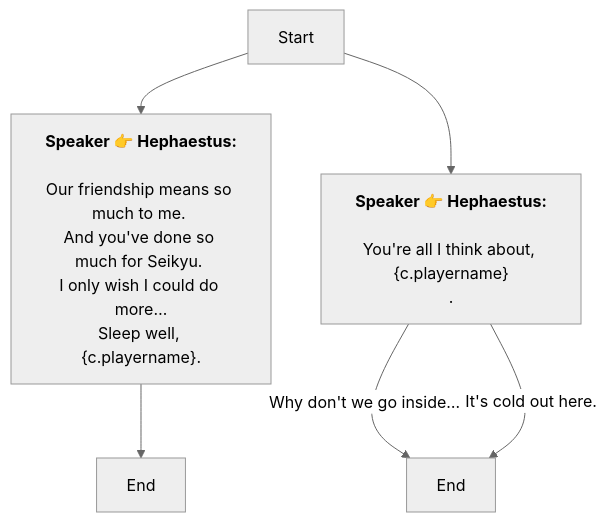
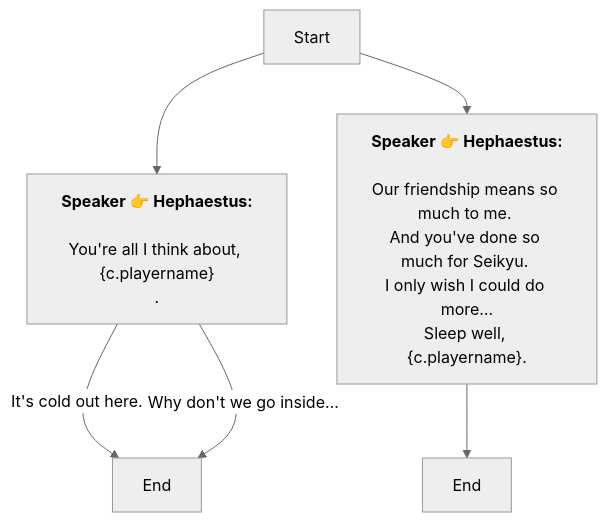
One commit to SoftHu/tos_avg changed the diagram in Zh/QuestTalkObjectiveNode_1772411383190735.md. Above: the diagram before and after it, drawn with Mermaid (neutral theme). The commit also changed other lines of this file and 780 other files, not shown here.

````diff
--- a/Zh/QuestTalkObjectiveNode_1772411383190735.md
+++ b/Zh/QuestTalkObjectiveNode_1772411383190735.md
@@ -1,14 +1,14 @@
 ```mermaid
 graph
+Start -->1772411776451805[<b>Speaker 👉 Hephaestus:</b>
+\nYou're all I think about, &lbrace;c.playername&rbrace;
+.]
 Start -->1772411713005783[<b>Speaker 👉 Hephaestus:</b>
 \nOur friendship means so much to me. 
 And you've done so much for Seikyu. 
 I only wish I could do more…\nSleep well, &lbrace;c.playername&rbrace;.]
-Start -->1772411776451805[<b>Speaker 👉 Hephaestus:</b>
-\nYou're all I think about, &lbrace;c.playername&rbrace;
-.]
 1772411713005783 -->1772411768555740[End]
+1772411776451805 -->|It's cold out here.|1772411865294051[End]
 1772411776451805 -->|Why don't we go inside…|1772411865294051[End]
-1772411776451805 -->|It's cold out here.|1772411865294051[End]
 
 ```
````
